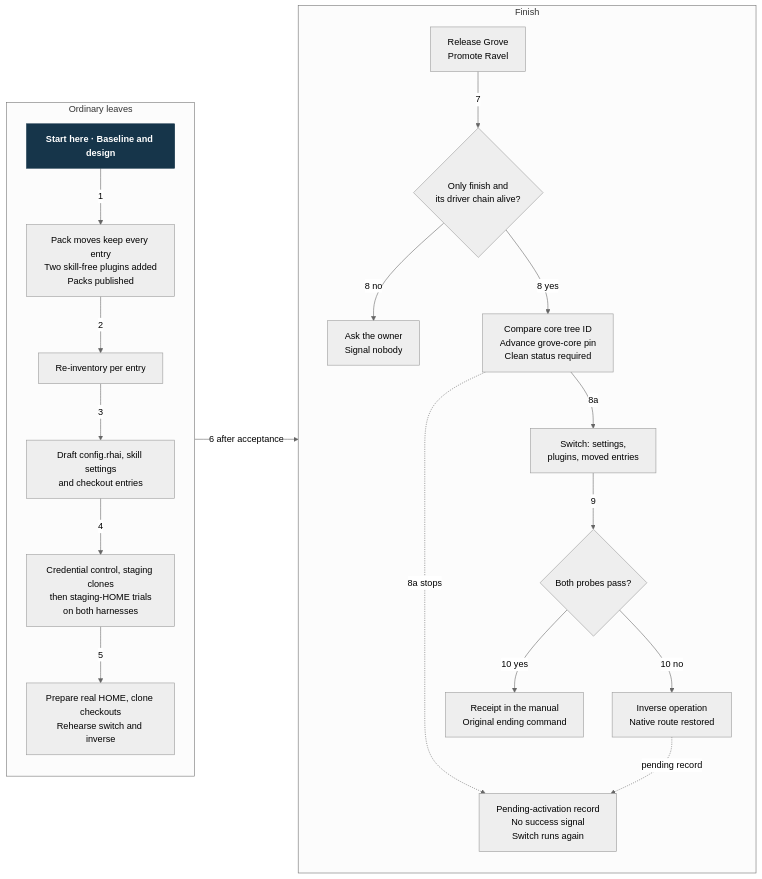
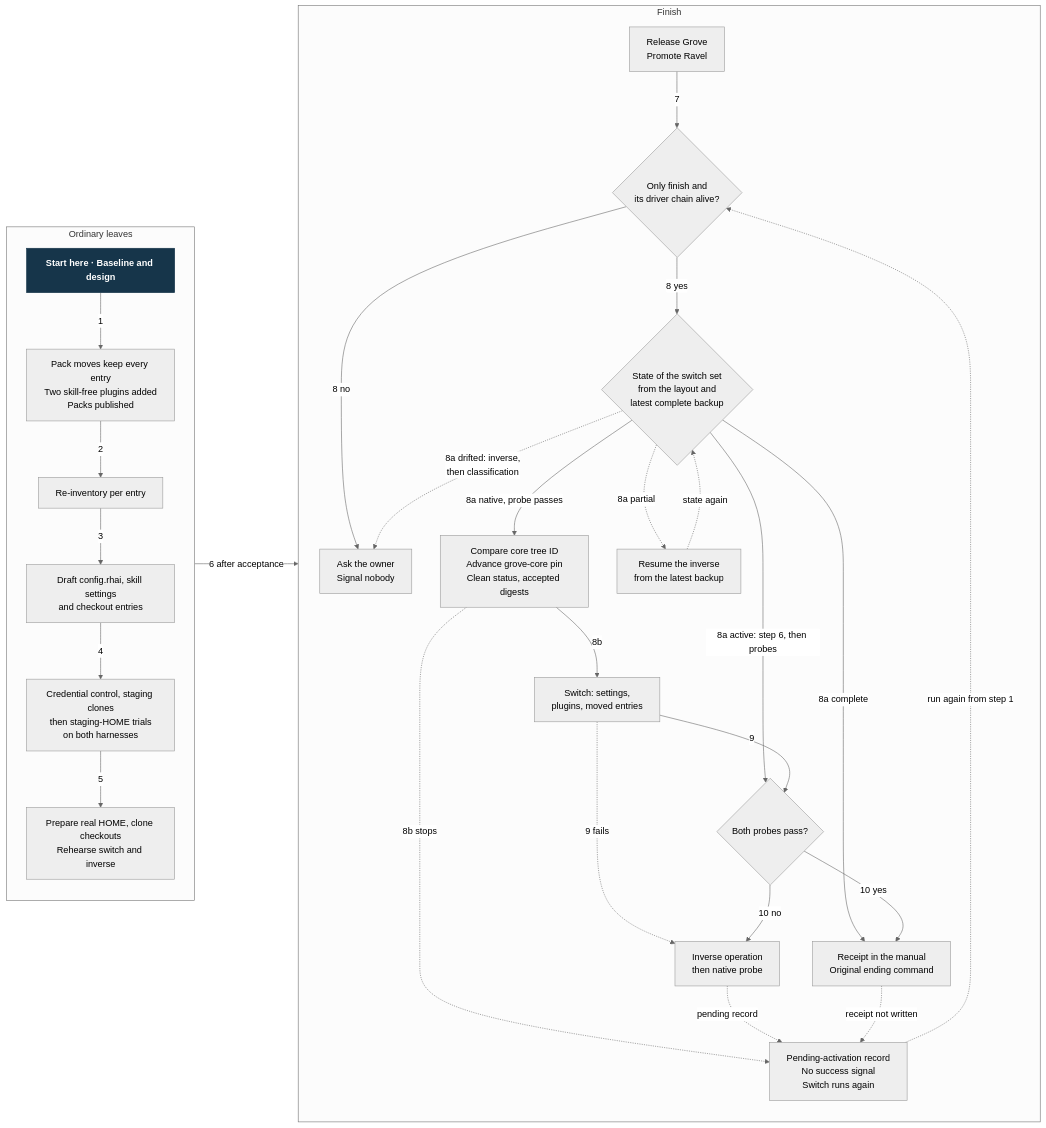
Before and after one commit to Linkuistics/grove: the diagram in docs/design/harness-selection-and-execution/owner-cutover.mmd, drawn with Mermaid (neutral theme). The commit also changed 14 other files, not shown here.

```diff
--- a/docs/design/harness-selection-and-execution/owner-cutover.mmd
+++ b/docs/design/harness-selection-and-execution/owner-cutover.mmd
@@ -1,39 +1,50 @@
 flowchart LR
     subgraph prep["Ordinary leaves"]
         direction TB
         A["Start here · Baseline and design"]
         B["Pack moves keep every entry<br/>Two skill-free plugins added<br/>Packs published"]
         C["Re-inventory per entry"]
         D["Draft config.rhai, skill settings<br/>and checkout entries"]
         E["Credential control, staging clones<br/>then staging-HOME trials<br/>on both harnesses"]
         F["Prepare real HOME, clone checkouts<br/>Rehearse switch and inverse"]
         A -->|1| B
         B -->|2| C
         C -->|3| D
         D -->|4| E
         E -->|5| F
     end
     subgraph fin["Finish"]
         direction TB
         G["Release Grove<br/>Promote Ravel"]
         H{"Only finish and<br/>its driver chain alive?"}
         I["Ask the owner<br/>Signal nobody"]
-        P["Compare core tree ID<br/>Advance grove-core pin<br/>Clean status required"]
+        S{"State of the switch set<br/>from the layout and<br/>latest complete backup"}
+        R["Resume the inverse<br/>from the latest backup"]
+        P["Compare core tree ID<br/>Advance grove-core pin<br/>Clean status, accepted digests"]
         Q["Pending-activation record<br/>No success signal<br/>Switch runs again"]
         J["Switch: settings,<br/>plugins, moved entries"]
         K{"Both probes pass?"}
-        L["Inverse operation<br/>Native route restored"]
+        L["Inverse operation<br/>then native probe"]
         M["Receipt in the manual<br/>Original ending command"]
         G -->|7| H
         H -->|"8 no"| I
-        H -->|"8 yes"| P
-        P -->|"8a"| J
-        P -.->|"8a stops"| Q
+        H -->|"8 yes"| S
+        S -->|"8a native, probe passes"| P
+        S -.->|"8a partial"| R
+        S -->|"8a active: step 6, then probes"| K
+        S -.->|"8a drifted: inverse,<br/>then classification"| I
+        S -->|"8a complete"| M
+        R -.->|"state again"| S
+        P -->|"8b"| J
+        P -.->|"8b stops"| Q
         J -->|9| K
+        J -.->|"9 fails"| L
         K -->|"10 no"| L
         L -.->|"pending record"| Q
         K -->|"10 yes"| M
+        M -.->|"receipt not written"| Q
+        Q -.->|"run again from step 1"| H
     end
     prep -->|"6 after acceptance"| fin
     classDef start fill:#16354a,color:#fff,stroke:#16354a,font-weight:bold
     class A start
```
